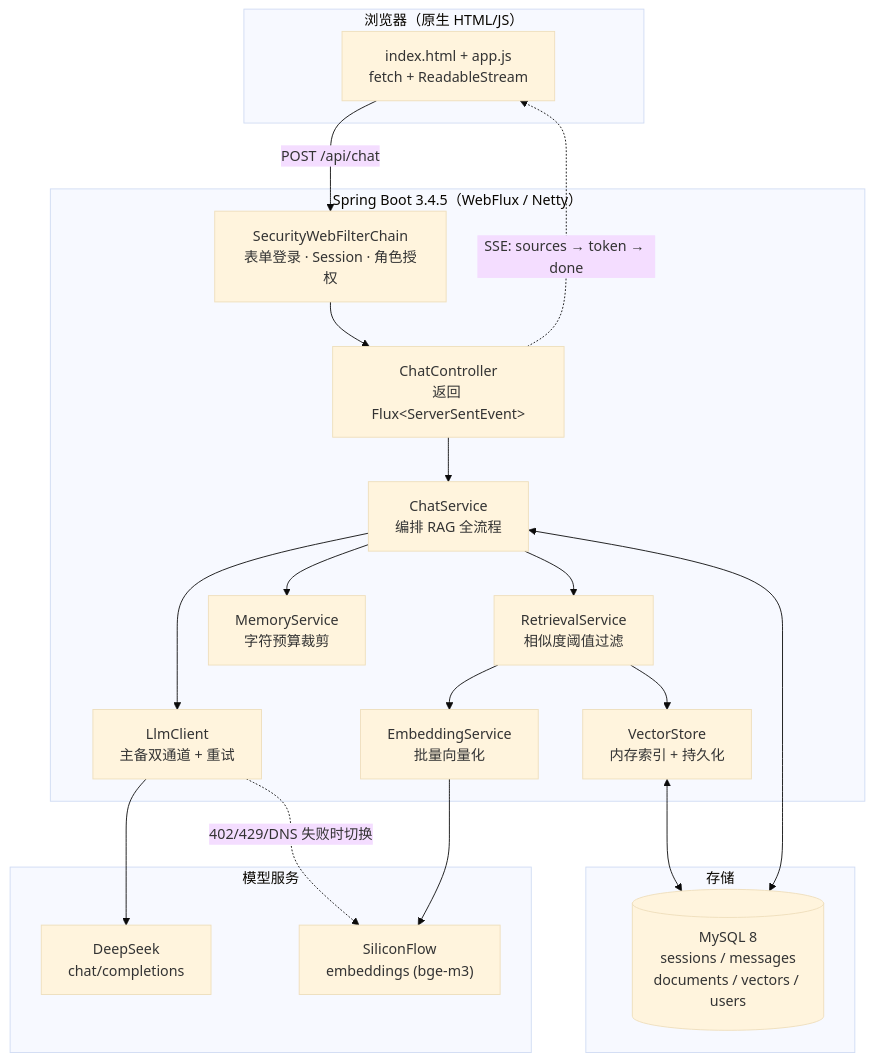
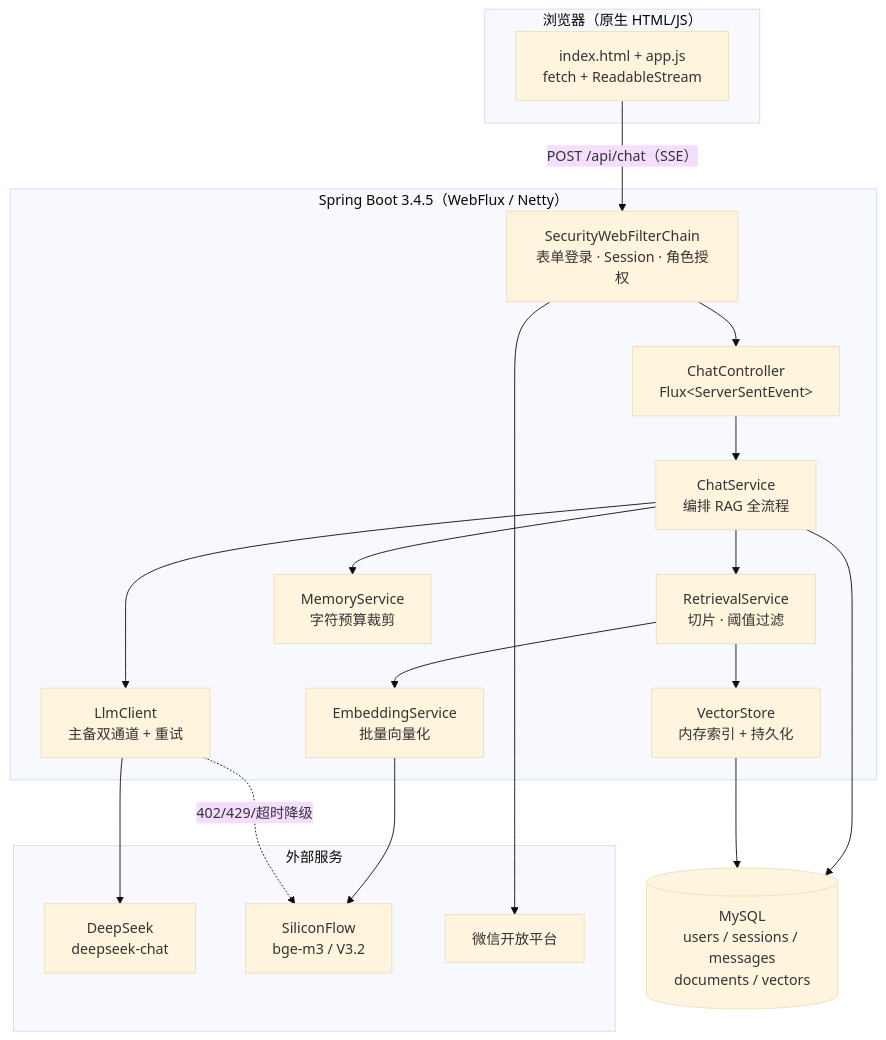
One commit to JWay726/campus-dialogue changed the diagram in README.md. Above: the diagram before and after it, drawn with Mermaid (base theme). The commit also changed other lines of this file, not shown here.

````diff
--- a/README.md
+++ b/README.md
@@ -102,36 +102,36 @@
 ```mermaid
 flowchart TB
     subgraph Browser["浏览器（原生 HTML/JS）"]
         UI["index.html + app.js<br/>fetch + ReadableStream"]
     end
 
     subgraph Boot["Spring Boot 3.4.5（WebFlux / Netty）"]
         SEC["SecurityWebFilterChain<br/>表单登录 · Session · 角色授权"]
-        CTRL["ChatController<br/>返回 Flux&lt;ServerSentEvent&gt;"]
+        CTRL["ChatController<br/>Flux&lt;ServerSentEvent&gt;"]
         SVC["ChatService<br/>编排 RAG 全流程"]
-        RET["RetrievalService<br/>相似度阈值过滤"]
+        RET["RetrievalService<br/>切片 · 阈值过滤"]
         MEM["MemoryService<br/>字符预算裁剪"]
         LLM["LlmClient<br/>主备双通道 + 重试"]
         EMB["EmbeddingService<br/>批量向量化"]
         VEC["VectorStore<br/>内存索引 + 持久化"]
     end
 
-    subgraph Data["存储"]
-        DB[("MySQL 8<br/>sessions / messages<br/>documents / vectors / users")]
+    subgraph Ext["外部服务"]
+        DS["DeepSeek<br/>deepseek-chat"]
+        SF["SiliconFlow<br/>bge-m3 / V3.2"]
+        WX["微信开放平台"]
     end
 
-    subgraph Cloud["模型服务"]
-        DS["DeepSeek<br/>chat/completions"]
-        SF["SiliconFlow<br/>embeddings (bge-m3)"]
-    end
+    DB[("MySQL<br/>users / sessions / messages<br/>documents / vectors")]
 
-    UI -->|"POST /api/chat"| SEC --> CTRL --> SVC
+    UI -->|"POST /api/chat（SSE）"| SEC
+    SEC --> CTRL --> SVC
+    SVC --> MEM
     SVC --> RET --> VEC
-    SVC --> MEM
+    RET --> EMB --> SF
     SVC --> LLM --> DS
-    LLM -.->|"402/429/DNS 失败时切换"| SF
-    RET --> EMB --> SF
-    VEC <--> DB
-    SVC <--> DB
-    CTRL -.->|"SSE: sources → token → done"| UI
+    LLM -.->|"402/429/超时降级"| SF
+    SEC --> WX
+    SVC --> DB
+    VEC --> DB
 ```
````
